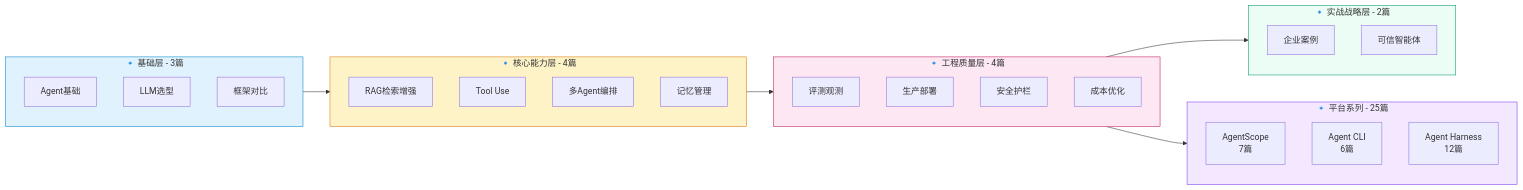
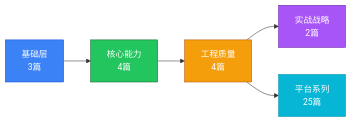
Before and after one commit to kudig-io/kudig-database: the sixth of 6 diagrams in README.md, drawn with Mermaid. The commit also changed other lines of this file, not shown here.

````diff
--- a/README.md
+++ b/README.md
@@ -783,44 +543,13 @@
 ```mermaid
 flowchart LR
-    subgraph L1["🔹 基础层 - 3篇"]
-        A1[Agent基础]
-        A2[LLM选型]
-        A3[框架对比]
-    end
+    A[基础层<br/>3篇] --> B[核心能力<br/>4篇]
+    B --> C[工程质量<br/>4篇]
+    C --> D[实战战略<br/>2篇]
+    C --> E[平台系列<br/>25篇]
     
-    subgraph L2["🔹 核心能力层 - 4篇"]
-        B1[RAG检索增强]
-        B2[Tool Use]
-        B3[多Agent编排]
-        B4[记忆管理]
-    end
-    
-    subgraph L3["🔹 工程质量层 - 4篇"]
-        C1[评测观测]
-        C2[生产部署]
-        C3[安全护栏]
-        C4[成本优化]
-    end
-    
-    subgraph L4["🔹 实战战略层 - 2篇"]
-        D1[企业案例]
-        D2[可信智能体]
-    end
-    
-    subgraph L5["🔹 平台系列 - 25篇"]
-        E1[AgentScope<br/>7篇]
-        E2[Agent CLI<br/>6篇]
-        E3[Agent Harness<br/>12篇]
-    end
-    
-    L1 --> L2
-    L2 --> L3
-    L3 --> L4
-    L3 --> L5
-    
-    style L1 fill:#e0f2fe,stroke:#0284c7
-    style L2 fill:#fef3c7,stroke:#d97706
-    style L3 fill:#fce7f3,stroke:#be185d
-    style L4 fill:#ecfdf5,stroke:#059669
-    style L5 fill:#f3e8ff,stroke:#7c3aed
+    style A fill:#3b82f6,stroke:#1d4ed8,color:#fff
+    style B fill:#22c55e,stroke:#166534,color:#fff
+    style C fill:#f59e0b,stroke:#b45309,color:#fff
+    style D fill:#a855f7,stroke:#6b21a8,color:#fff
+    style E fill:#06b6d4,stroke:#0891b2,color:#fff
 ```
````
